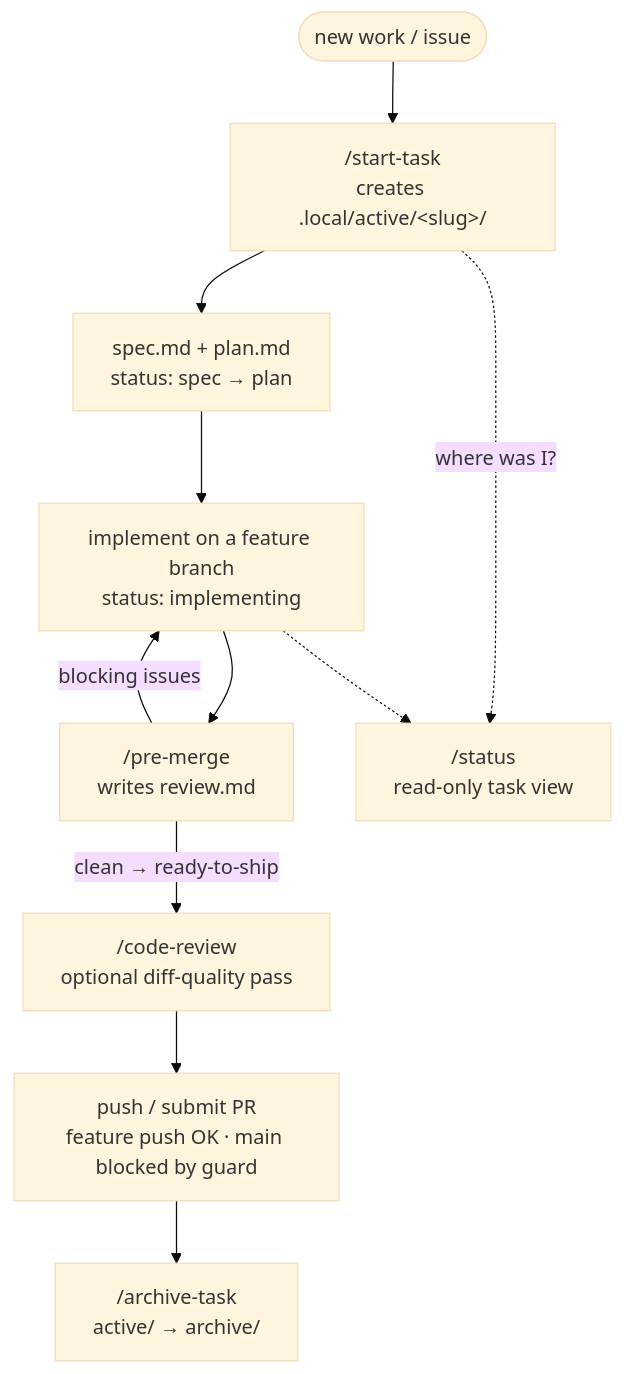
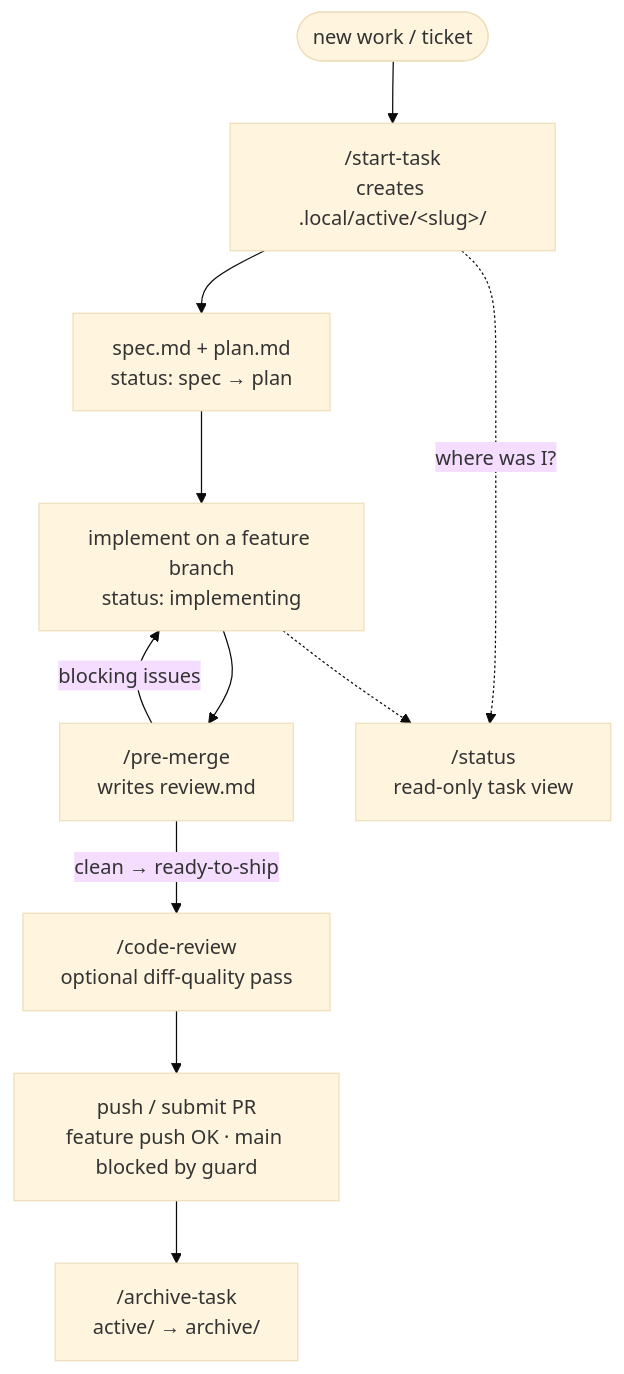
Before and after one commit to almeidabbm/dot-files: the second of 2 diagrams in README.md, drawn with Mermaid (base theme). The commit also changed other lines of this file and 3 other files, not shown here.

````diff
--- a/README.md
+++ b/README.md
@@ -65,13 +65,13 @@
 ```mermaid
 flowchart TD
-    new([new work / issue]) --> st["/start-task<br/>creates .local/active/&lt;slug&gt;/"]
+    new([new work / ticket]) --> st["/start-task<br/>creates .local/active/&lt;slug&gt;/"]
     st --> spec["spec.md + plan.md<br/>status: spec → plan"]
     spec --> impl["implement on a feature branch<br/>status: implementing"]
     impl --> pm["/pre-merge<br/>writes review.md"]
     pm -->|blocking issues| impl
     pm -->|clean → ready-to-ship| cr["/code-review<br/>optional diff-quality pass"]
     cr --> ship["push / submit PR<br/>feature push OK · main blocked by guard"]
     ship --> arch["/archive-task<br/>active/ → archive/"]
     st -.->|"where was I?"| status["/status<br/>read-only task view"]
     impl -.-> status
 ```
````
